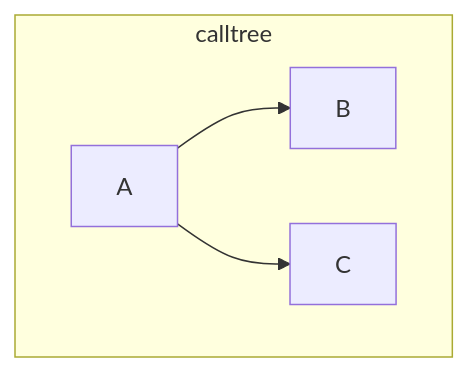
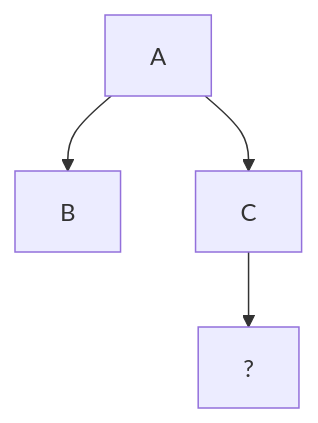
Before and after one commit to paulwuertz/static_firmware_analysis_presentations_slides: the first of 6 diagrams in pages/02_howToStackEstimation.md, drawn with Mermaid. The commit also changed other lines of this file and 4 other files, not shown here.

````diff
--- a/pages/02_howToStackEstimation.md
+++ b/pages/02_howToStackEstimation.md
@@ -188,10 +201,9 @@
 ```mermaid {theme: 'neutral', scale: 0.5}
 graph TD
 
-subgraph calltree
 A
 A --> B
 A --> C
-end
+C --> ?
 
 ```
````
